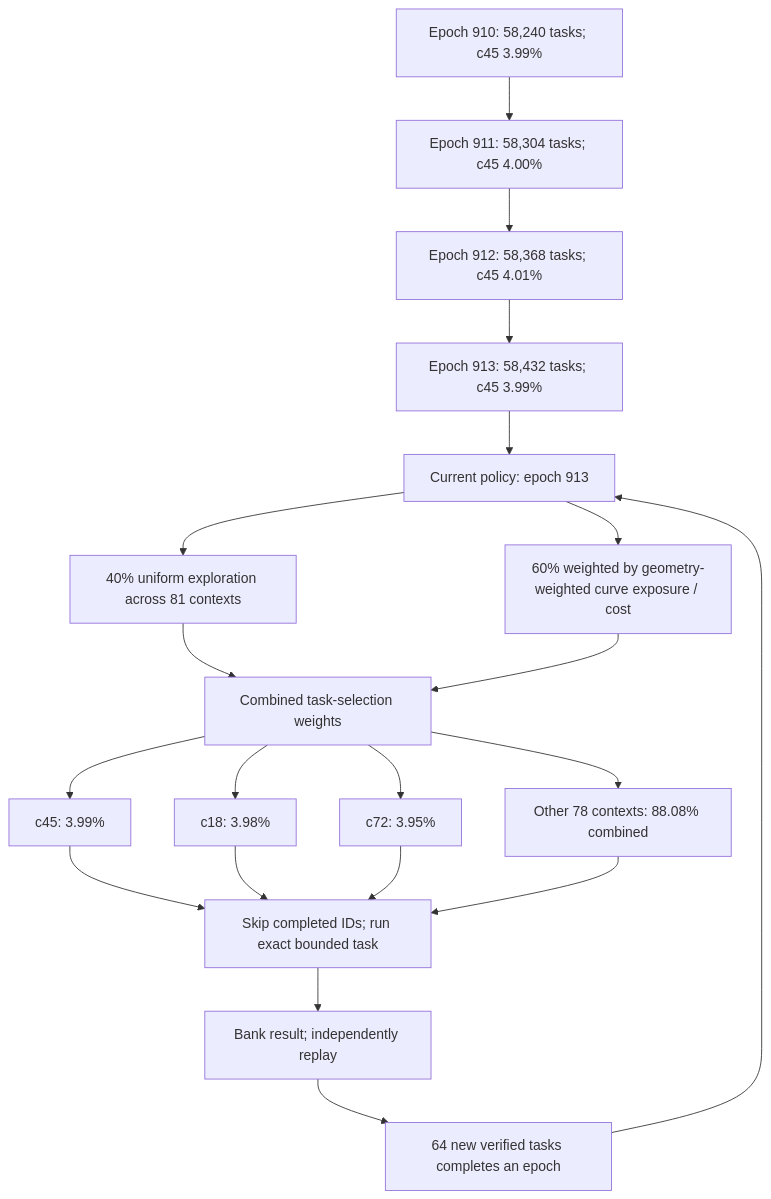
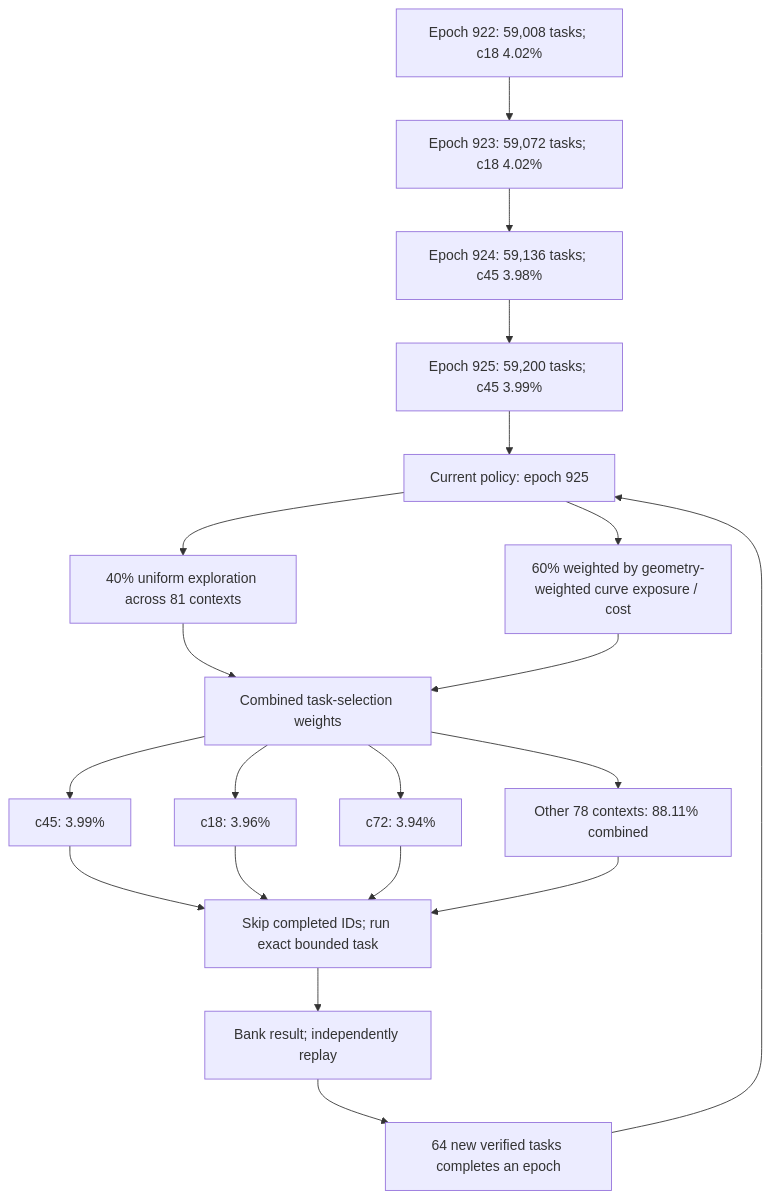
Before and after one commit to Kuberwastaken/math-gambling: the first of 3 diagrams in README.md, drawn with Mermaid. The commit also changed other lines of this file and 1627 other files, not shown here.

````diff
--- a/README.md
+++ b/README.md
@@ -55,27 +55,27 @@
 ```mermaid
 flowchart TD
-    H0["Epoch 910: 58,240 tasks; c45 3.99%"]
-    H1["Epoch 911: 58,304 tasks; c45 4.00%"]
+    H0["Epoch 922: 59,008 tasks; c18 4.02%"]
+    H1["Epoch 923: 59,072 tasks; c18 4.02%"]
     H0 --> H1
-    H2["Epoch 912: 58,368 tasks; c45 4.01%"]
+    H2["Epoch 924: 59,136 tasks; c45 3.98%"]
     H1 --> H2
-    H3["Epoch 913: 58,432 tasks; c45 3.99%"]
+    H3["Epoch 925: 59,200 tasks; c45 3.99%"]
     H2 --> H3
-    Policy["Current policy: epoch 913"]
+    Policy["Current policy: epoch 925"]
     H3 --> Policy
     Policy --> Explore["40% uniform exploration across 81 contexts"]
     Policy --> Cost["60% weighted by geometry-weighted curve exposure / cost"]
     Explore --> Mix["Combined task-selection weights"]
     Cost --> Mix
     Mix --> C0["c45: 3.99%"]
-    Mix --> C1["c18: 3.98%"]
-    Mix --> C2["c72: 3.95%"]
-    Mix --> Rest["Other 78 contexts: 88.08% combined"]
+    Mix --> C1["c18: 3.96%"]
+    Mix --> C2["c72: 3.94%"]
+    Mix --> Rest["Other 78 contexts: 88.11% combined"]
     C0 --> Check["Skip completed IDs; run exact bounded task"]
     C1 --> Check
     C2 --> Check
     Rest --> Check
     Check --> Replay["Bank result; independently replay"]
     Replay --> Gate["64 new verified tasks completes an epoch"]
     Gate --> Policy
 ```
````
